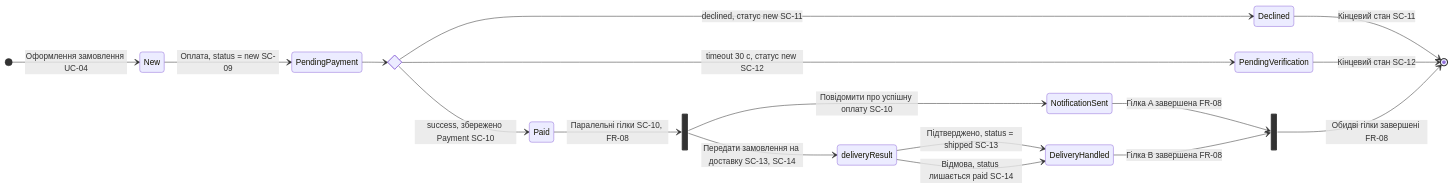
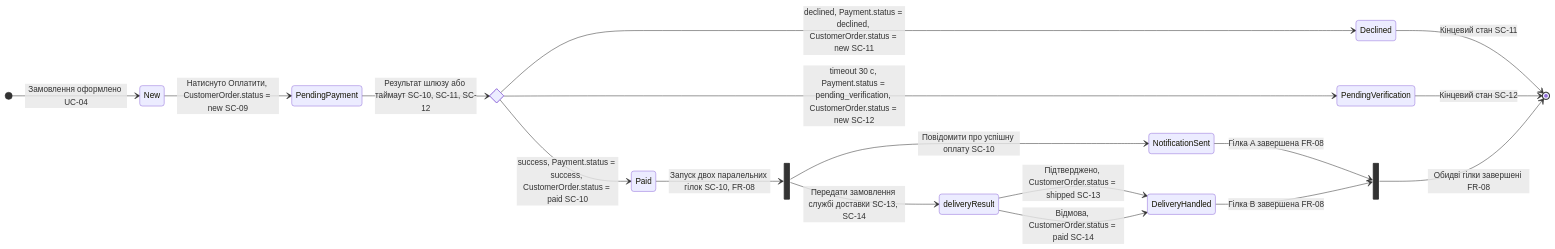
Before and after one commit to Saeghxx/KPI2: the diagram in Lab4/README.md, drawn with Mermaid.

Commit message:
fix(lab4): regenerate diagram with entity labels

````diff
--- a/Lab4/README.md
+++ b/Lab4/README.md
@@ -3,32 +3,33 @@
 ```mermaid
 stateDiagram-v2
     direction LR
 
-    [*] --> New : Оформлення замовлення UC-04
-    New --> PendingPayment : Оплата, status = new SC-09
+    [*] --> New : Замовлення оформлено UC-04
+    New --> PendingPayment : Натиснуто Оплатити, CustomerOrder.status = new SC-09
 
     state paymentResult <<choice>>
-    PendingPayment --> paymentResult
-    paymentResult --> Paid : success, збережено Payment SC-10
-    paymentResult --> Declined : declined, статус new SC-11
-    paymentResult --> PendingVerification : timeout 30 с, статус new SC-12
+    PendingPayment --> paymentResult : Результат шлюзу або таймаут SC-10, SC-11, SC-12
+
+    paymentResult --> Paid : success, Payment.status = success, CustomerOrder.status = paid SC-10
+    paymentResult --> Declined : declined, Payment.status = declined, CustomerOrder.status = new SC-11
+    paymentResult --> PendingVerification : timeout 30 с, Payment.status = pending_verification, CustomerOrder.status = new SC-12
 
     Declined --> [*] : Кінцевий стан SC-11
     PendingVerification --> [*] : Кінцевий стан SC-12
 
     state forkPoint <<fork>>
-    Paid --> forkPoint : Паралельні гілки SC-10, FR-08
+    Paid --> forkPoint : Запуск двох паралельних гілок SC-10, FR-08
 
     forkPoint --> NotificationSent : Повідомити про успішну оплату SC-10
-    forkPoint --> deliveryResult : Передати замовлення на доставку SC-13, SC-14
+    forkPoint --> deliveryResult : Передати замовлення службі доставки SC-13, SC-14
 
     state deliveryResult <<choice>>
-    deliveryResult --> DeliveryHandled : Підтверджено, status = shipped SC-13
-    deliveryResult --> DeliveryHandled : Відмова, status лишається paid SC-14
+    deliveryResult --> DeliveryHandled : Підтверджено, CustomerOrder.status = shipped SC-13
+    deliveryResult --> DeliveryHandled : Відмова, CustomerOrder.status = paid SC-14
 
     state joinPoint <<join>>
     NotificationSent --> joinPoint : Гілка A завершена FR-08
     DeliveryHandled --> joinPoint : Гілка B завершена FR-08
 
     joinPoint --> [*] : Обидві гілки завершені FR-08
 ```
````
